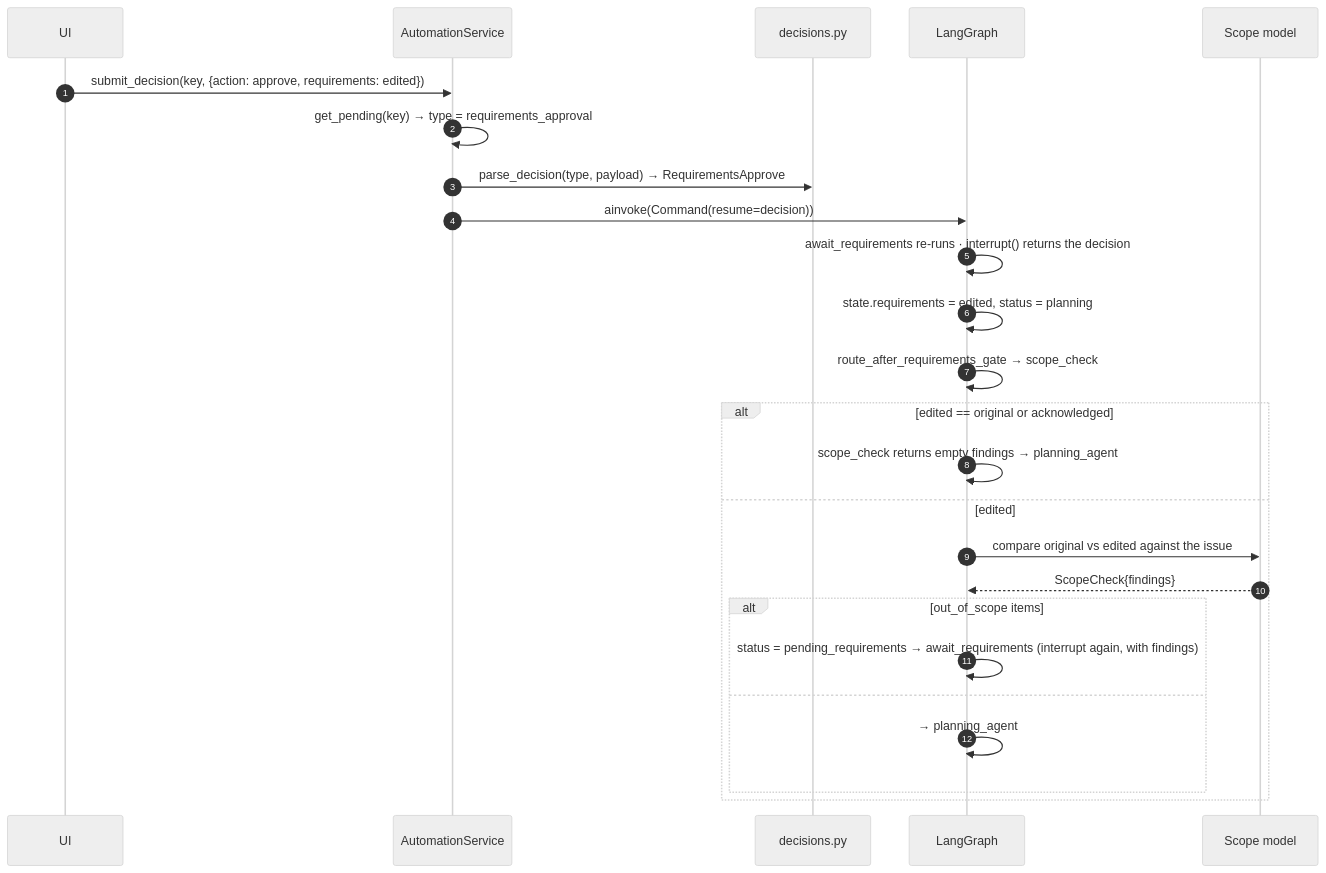
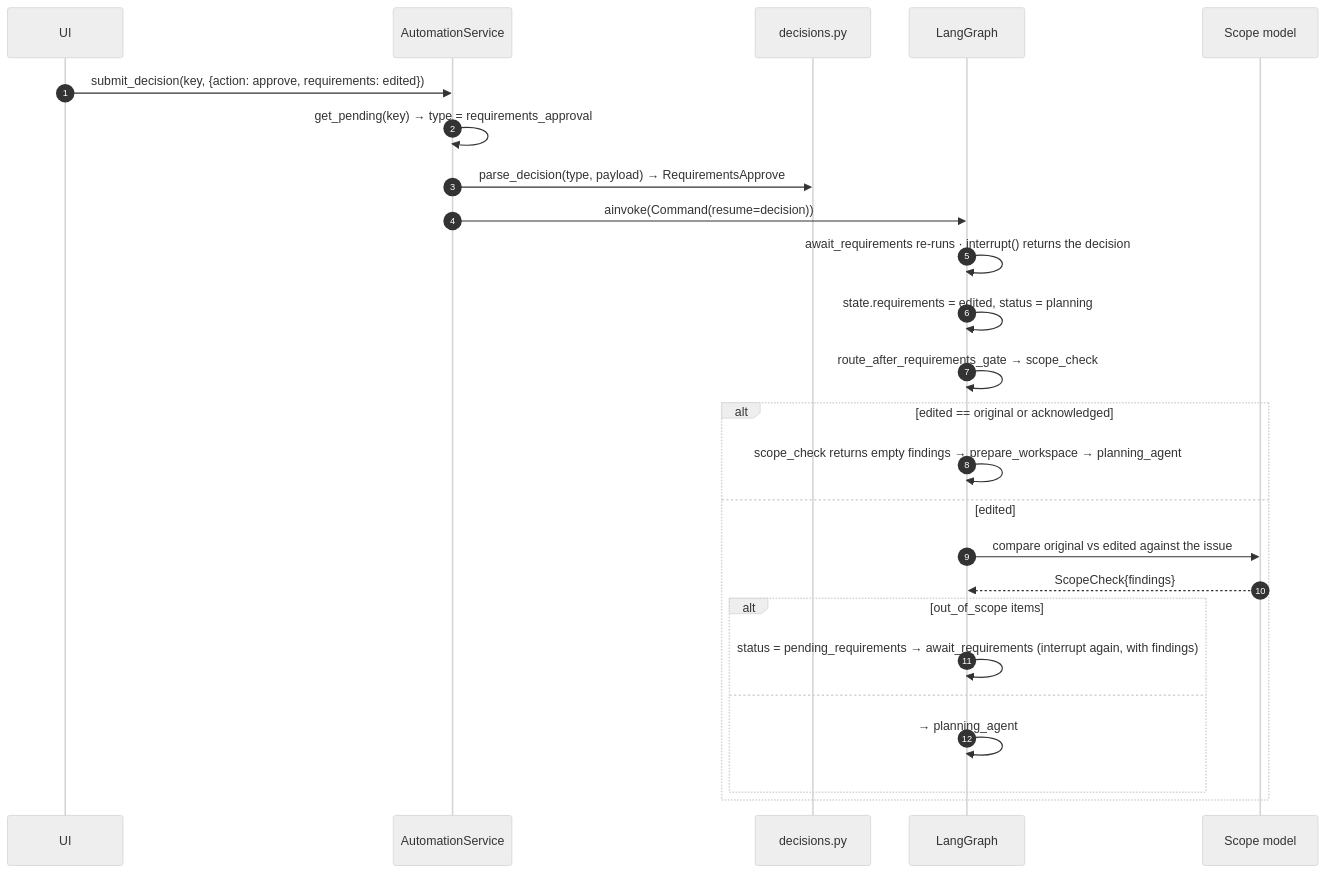
Before and after one commit to ashish-technia/pi-coding-agent: the fifth of 8 diagrams in docs/docs/architecture/technical-design.md, drawn with Mermaid (neutral theme). The commit also changed other lines of this file and 36 other files, not shown here.

````diff
--- a/docs/docs/architecture/technical-design.md
+++ b/docs/docs/architecture/technical-design.md
@@ -215,28 +217,28 @@
 ```mermaid
 sequenceDiagram
   autonumber
   participant UI
   participant S as AutomationService
   participant D as decisions.py
   participant G as LangGraph
   participant M as Scope model
 
   UI->>S: submit_decision(key, {action: approve, requirements: edited})
   S->>S: get_pending(key) → type = requirements_approval
   S->>D: parse_decision(type, payload) → RequirementsApprove
   S->>G: ainvoke(Command(resume=decision))
   G->>G: await_requirements re-runs · interrupt() returns the decision
   G->>G: state.requirements = edited, status = planning
   G->>G: route_after_requirements_gate → scope_check
   alt edited == original or acknowledged
-    G->>G: scope_check returns empty findings → planning_agent
+    G->>G: scope_check returns empty findings → prepare_workspace → planning_agent
   else edited
     G->>M: compare original vs edited against the issue
     M-->>G: ScopeCheck{findings}
     alt out_of_scope items
       G->>G: status = pending_requirements → await_requirements (interrupt again, with findings)
     else
       G->>G: → planning_agent
     end
   end
 ```
````
